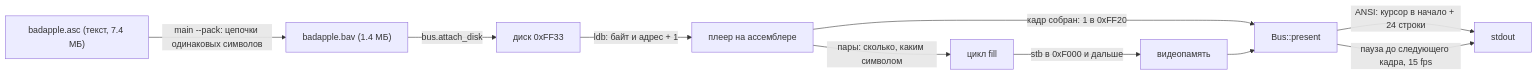
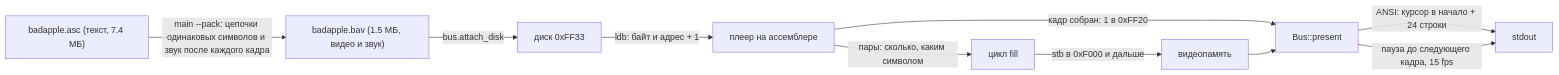
Before and after one commit to loki5512344ss/SummumOS: diagram 13 of 15 in чертежи.md, drawn with Mermaid. The commit also changed other lines of this file and 5 other files, not shown here.

````diff
--- a/чертежи.md
+++ b/чертежи.md
@@ -294,12 +295,12 @@
 ```mermaid
 graph LR
-    asc["badapple.asc (текст, 7.4 МБ)"] -->|"main --pack: цепочки одинаковых символов"| bav["badapple.bav (1.4 МБ)"]
+    asc["badapple.asc (текст, 7.4 МБ)"] -->|"main --pack: цепочки одинаковых символов и звук после каждого кадра"| bav["badapple.bav (1.5 МБ, видео и звук)"]
     bav -->|"bus.attach_disk"| disk["диск 0xFF33"]
     disk -->|"ldb: байт и адрес + 1"| player["плеер на ассемблере"]
     player -->|"пары: сколько, каким символом"| fill["цикл fill"]
     fill -->|"stb в 0xF000 и дальше"| vram["видеопамять"]
     player -->|"кадр собран: 1 в 0xFF20"| vid["Bus::present"]
     vram --> vid
     vid -->|"ANSI: курсор в начало + 24 строки"| out["stdout"]
     vid -->|"пауза до следующего кадра, 15 fps"| out
 ```
````
